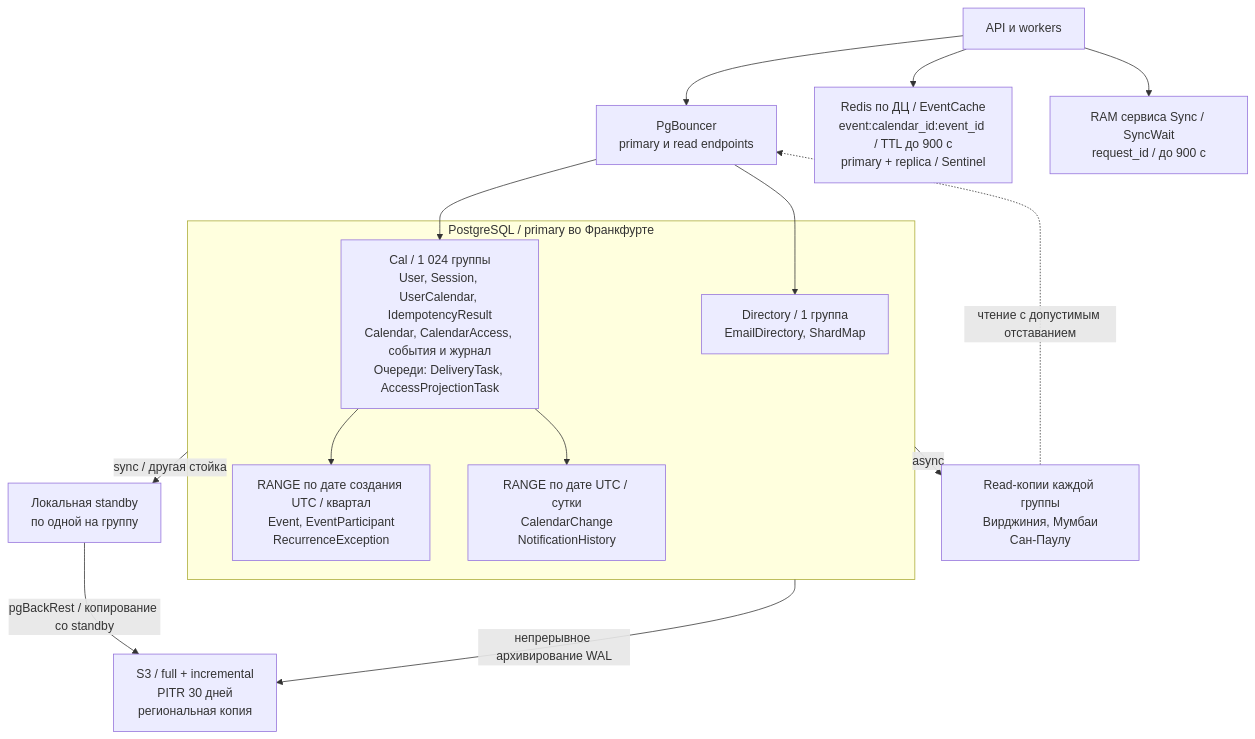
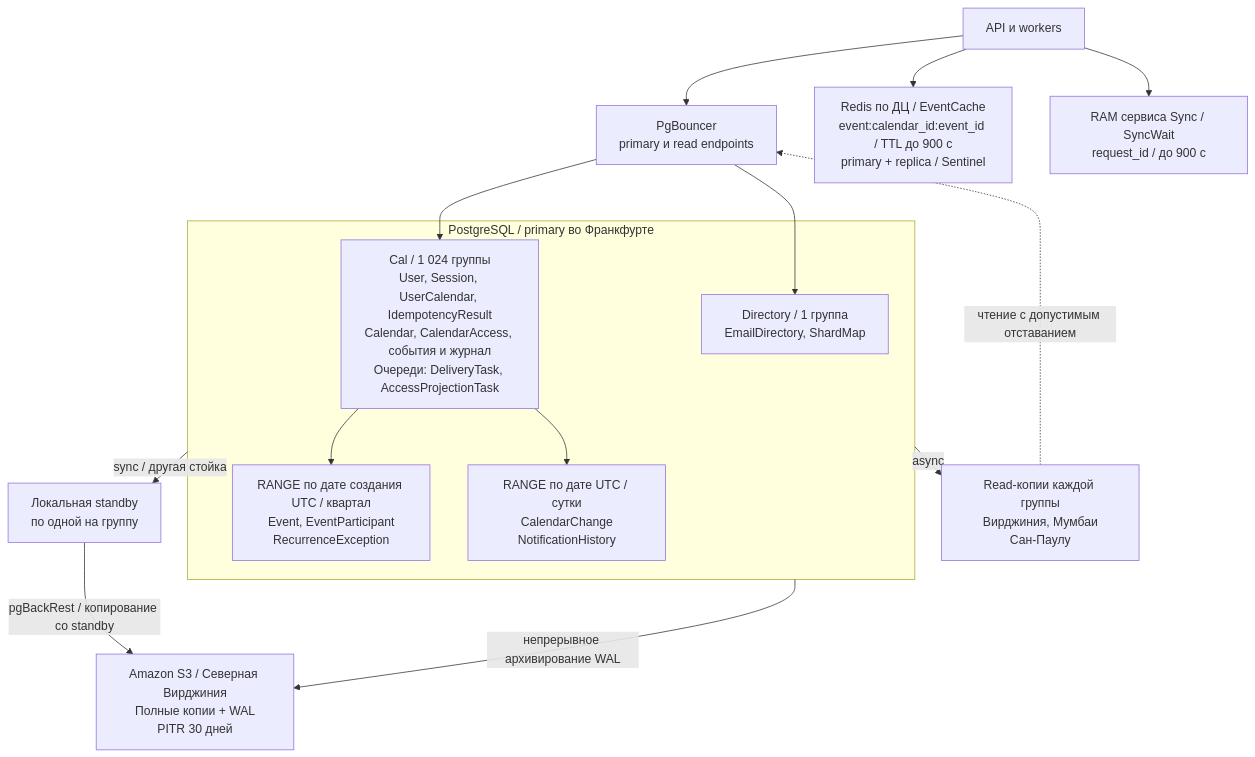
One commit to Klumaks/Highload_Google_Calendar changed the third of 5 diagrams in README.md. Above: the diagram before and after it, drawn with Mermaid. The commit also changed other lines of this file, not shown here.

````diff
--- a/README.md
+++ b/README.md
@@ -757,21 +757,21 @@
 ```mermaid
 flowchart TB
     api["API и workers"] --> pool["PgBouncer<br/>primary и read endpoints"]
     subgraph main["PostgreSQL / primary во Франкфурте"]
         cal["Cal / 1 024 группы<br/>User, Session, UserCalendar, IdempotencyResult<br/>Calendar, CalendarAccess, события и журнал<br/>Очереди: DeliveryTask, AccessProjectionTask"]
         quarters["RANGE по дате создания UTC / квартал<br/>Event, EventParticipant<br/>RecurrenceException"]
         days["RANGE по дате UTC / сутки<br/>CalendarChange<br/>NotificationHistory"]
         directory["Directory / 1 группа<br/>EmailDirectory, ShardMap"]
         cal --> quarters
         cal --> days
     end
     pool --> cal
     pool --> directory
     main -->|"sync / другая стойка"| local["Локальная standby<br/>по одной на группу"]
     main -->|"async"| remote["Read-копии каждой группы<br/>Вирджиния, Мумбаи<br/>Сан-Паулу"]
     remote -.->|"чтение с допустимым отставанием"| pool
     api --> cache["Redis по ДЦ / EventCache<br/>event:calendar_id:event_id / TTL до 900 с<br/>primary + replica / Sentinel"]
     api --> wait["RAM сервиса Sync / SyncWait<br/>request_id / до 900 с"]
-    local -->|"pgBackRest / копирование со standby"| backup["S3 / full + incremental<br/>PITR 30 дней<br/>региональная копия"]
+    local -->|"pgBackRest / копирование со standby"| backup["Amazon S3 / Северная Вирджиния<br/>Полные копии + WAL<br/>PITR 30 дней"]
     main -->|"непрерывное архивирование WAL"| backup
 ```
````
